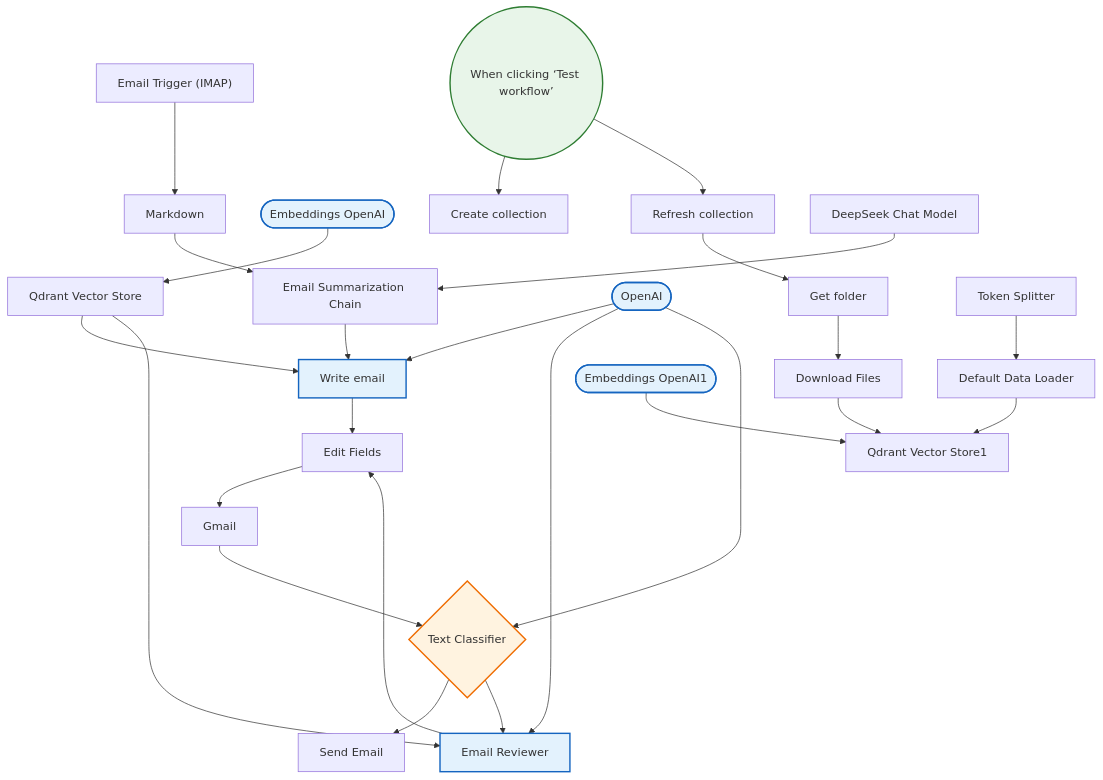
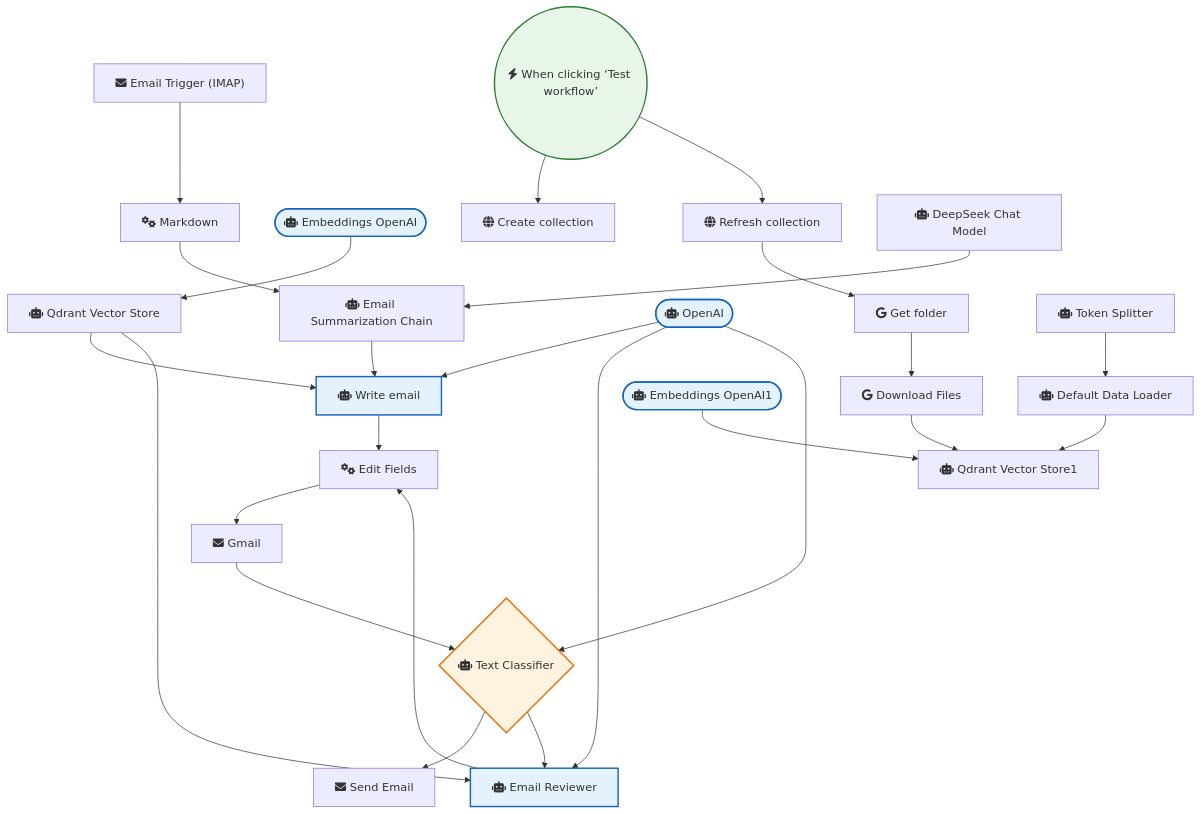
One commit to sreyash3105/N8N-DEMO-AUTOMATIONS changed the diagram in Gmail_and_Email_Automation/Effortless Email Management with Ai.md. Above: the diagram before and after it, drawn with Mermaid. The commit also changed 291 other files, not shown here.

````diff
--- a/Gmail_and_Email_Automation/Effortless Email Management with Ai.md
+++ b/Gmail_and_Email_Automation/Effortless Email Management with Ai.md
@@ -1,54 +1,54 @@
 ```mermaid
 graph TD
     classDef trigger fill:#e8f5e9,stroke:#2e7d32,stroke-width:2px;
     classDef ai fill:#e3f2fd,stroke:#1565c0,stroke-width:2px;
     classDef logic fill:#fff3e0,stroke:#ef6c00,stroke-width:2px;
 
-    Email_Trigger__IMAP_["Email Trigger (IMAP)"]
-    Markdown["Markdown"]
-    Send_Email["Send Email"]
-    Qdrant_Vector_Store["Qdrant Vector Store"]
-    Embeddings_OpenAI(["Embeddings OpenAI"]):::ai
-    Email_Summarization_Chain["Email Summarization Chain"]
-    Write_email["Write email"]:::ai
-    OpenAI(["OpenAI"]):::ai
-    Gmail["Gmail"]
-    Text_Classifier{"Text Classifier"}:::logic
-    Edit_Fields["Edit Fields"]
-    When_clicking__Test_workflow_(("When clicking ‘Test workflow’")):::trigger
-    Create_collection["Create collection"]
-    Refresh_collection["Refresh collection"]
-    Get_folder["Get folder"]
-    Download_Files["Download Files"]
-    Default_Data_Loader["Default Data Loader"]
-    Token_Splitter["Token Splitter"]
-    Qdrant_Vector_Store1["Qdrant Vector Store1"]
-    Embeddings_OpenAI1(["Embeddings OpenAI1"]):::ai
-    DeepSeek_Chat_Model["DeepSeek Chat Model"]
-    Email_Reviewer["Email Reviewer"]:::ai
+    Email_Trigger__IMAP_["fas:fa-envelope Email Trigger (IMAP)"]
+    Markdown["fas:fa-cogs Markdown"]
+    Send_Email["fas:fa-envelope Send Email"]
+    Qdrant_Vector_Store["fas:fa-robot Qdrant Vector Store"]
+    Embeddings_OpenAI(["fas:fa-robot Embeddings OpenAI"]):::ai
+    Email_Summarization_Chain["fas:fa-robot Email Summarization Chain"]
+    Write_email["fas:fa-robot Write email"]:::ai
+    OpenAI(["fas:fa-robot OpenAI"]):::ai
+    Gmail["fas:fa-envelope Gmail"]
+    Text_Classifier{"fas:fa-robot Text Classifier"}:::logic
+    Edit_Fields["fas:fa-cogs Edit Fields"]
+    When_clicking__Test_workflow_(("fas:fa-bolt When clicking ‘Test workflow’")):::trigger
+    Create_collection["fas:fa-globe Create collection"]
+    Refresh_collection["fas:fa-globe Refresh collection"]
+    Get_folder["fab:fa-google Get folder"]
+    Download_Files["fab:fa-google Download Files"]
+    Default_Data_Loader["fas:fa-robot Default Data Loader"]
+    Token_Splitter["fas:fa-robot Token Splitter"]
+    Qdrant_Vector_Store1["fas:fa-robot Qdrant Vector Store1"]
+    Embeddings_OpenAI1(["fas:fa-robot Embeddings OpenAI1"]):::ai
+    DeepSeek_Chat_Model["fas:fa-robot DeepSeek Chat Model"]
+    Email_Reviewer["fas:fa-robot Email Reviewer"]:::ai
 
     Gmail --> Text_Classifier
     OpenAI --> Write_email
     OpenAI --> Email_Reviewer
     OpenAI --> Text_Classifier
     Markdown --> Email_Summarization_Chain
     Get_folder --> Download_Files
     Edit_Fields --> Gmail
     Write_email --> Edit_Fields
     Download_Files --> Qdrant_Vector_Store1
     Email_Reviewer --> Edit_Fields
     Token_Splitter --> Default_Data_Loader
     Text_Classifier --> Send_Email
     Text_Classifier --> Email_Reviewer
     Embeddings_OpenAI --> Qdrant_Vector_Store
     Embeddings_OpenAI1 --> Qdrant_Vector_Store1
     Refresh_collection --> Get_folder
     DeepSeek_Chat_Model --> Email_Summarization_Chain
     Default_Data_Loader --> Qdrant_Vector_Store1
     Qdrant_Vector_Store --> Write_email
     Qdrant_Vector_Store --> Email_Reviewer
     Email_Trigger__IMAP_ --> Markdown
     Email_Summarization_Chain --> Write_email
     When_clicking__Test_workflow_ --> Create_collection
     When_clicking__Test_workflow_ --> Refresh_collection
 ```
````
